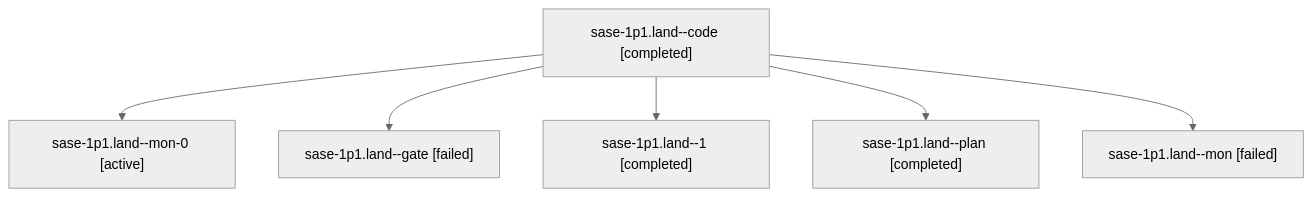
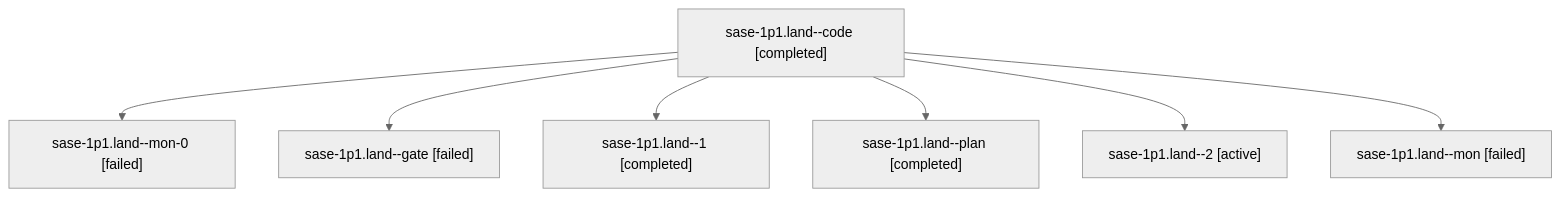
Before and after one commit to sase-org/sase--agents: the diagram in sessions/bbugyi200.athena.sase-1p1.land.md, drawn with Mermaid (neutral theme). The commit also changed other lines of this file and 82 other files, not shown here.

````diff
--- a/sessions/bbugyi200.athena.sase-1p1.land.md
+++ b/sessions/bbugyi200.athena.sase-1p1.land.md
@@ -9,14 +9,16 @@
 ```mermaid
 flowchart TD
   n0["sase-1p1.land--code [completed]"]
-  n1["sase-1p1.land--mon-0 [active]"]
+  n1["sase-1p1.land--mon-0 [failed]"]
   n0 --> n1
   n2["sase-1p1.land--gate [failed]"]
   n0 --> n2
   n3["sase-1p1.land--1 [completed]"]
   n0 --> n3
   n4["sase-1p1.land--plan [completed]"]
   n0 --> n4
-  n5["sase-1p1.land--mon [failed]"]
+  n5["sase-1p1.land--2 [active]"]
   n0 --> n5
+  n6["sase-1p1.land--mon [failed]"]
+  n0 --> n6
 ```
````
